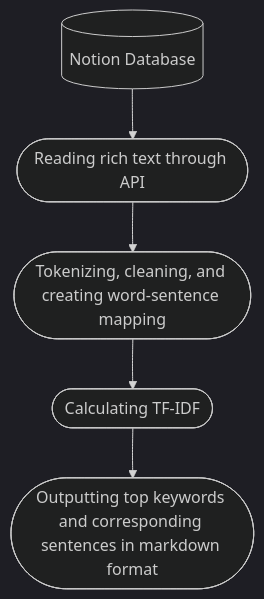
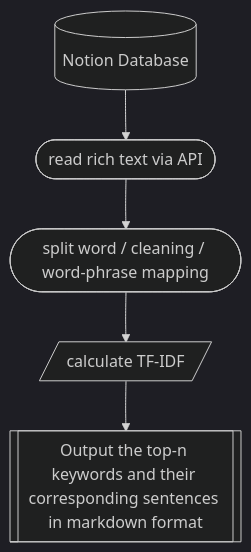
Before and after one commit to dario-github/notion-nlp: the diagram in README.md, drawn with Mermaid (dark theme). The commit also changed other lines of this file and 16 other files, not shown here.

````diff
--- a/README.md
+++ b/README.md
@@ -12,6 +33,5 @@
 ```mermaid
 flowchart TB
 
-A[(Notion Database)] --> B([Reading rich text through API]) --> C([Tokenizing, cleaning, and creating word-sentence mapping]) --> D([Calculating TF-IDF]) --> E([Outputting top keywords and corresponding sentences in markdown format])
-
+A[(Notion Database)] --> B([read rich text via API]) --> C([split word / cleaning / word-phrase mapping]) --> D[/calculate TF-IDF/] --> E[[Output the top-n keywords and their corresponding sentences in markdown format]]
 ```
````
